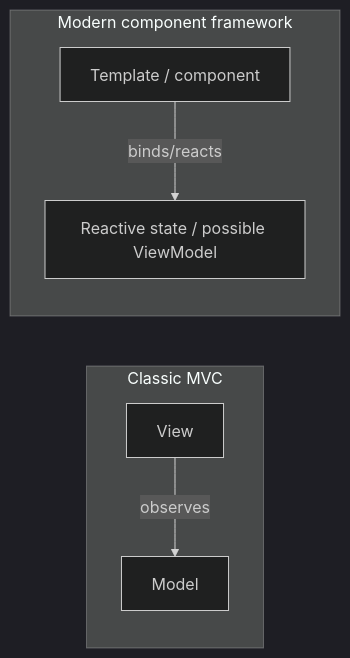
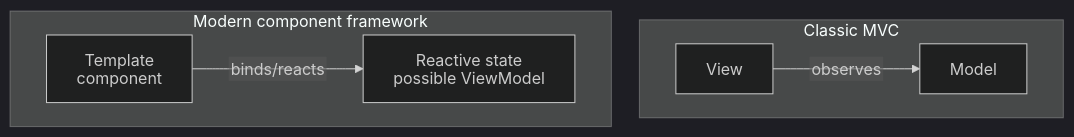
The first of 2 diagrams in architecture/patterns/presentation/model-view-controller/3-mvc-on-the-frontend.md (AndresTaoFlorez/software-architecture), drawn with Mermaid (dark theme) before and after one commit. The commit also changed other lines of this file and 79 other files, not shown here.

````diff
--- a/architecture/patterns/presentation/model-view-controller/3-mvc-on-the-frontend.md
+++ b/architecture/patterns/presentation/model-view-controller/3-mvc-on-the-frontend.md
@@ -22,9 +32,10 @@
 ```mermaid
-flowchart LR
+%%{init: {"htmlLabels": false, "flowchart": {"htmlLabels": false, "nodeSpacing": 28, "rankSpacing": 48, "diagramPadding": 20, "wrappingWidth": 280}, "sequence": {"wrap": true, "diagramMarginX": 20, "diagramMarginY": 20}}}%%
+flowchart TB
     subgraph Classic["Classic MVC"]
         CV["View"] -->|observes| CM["Model"]
     end
     subgraph Modern["Modern component framework"]
-        T["Template / component"] -->|binds/reacts| S["Reactive state / possible ViewModel"]
+        T["Template<br/>component"] -->|binds/reacts| S["Reactive state<br/>possible ViewModel"]
     end
 ```
````
